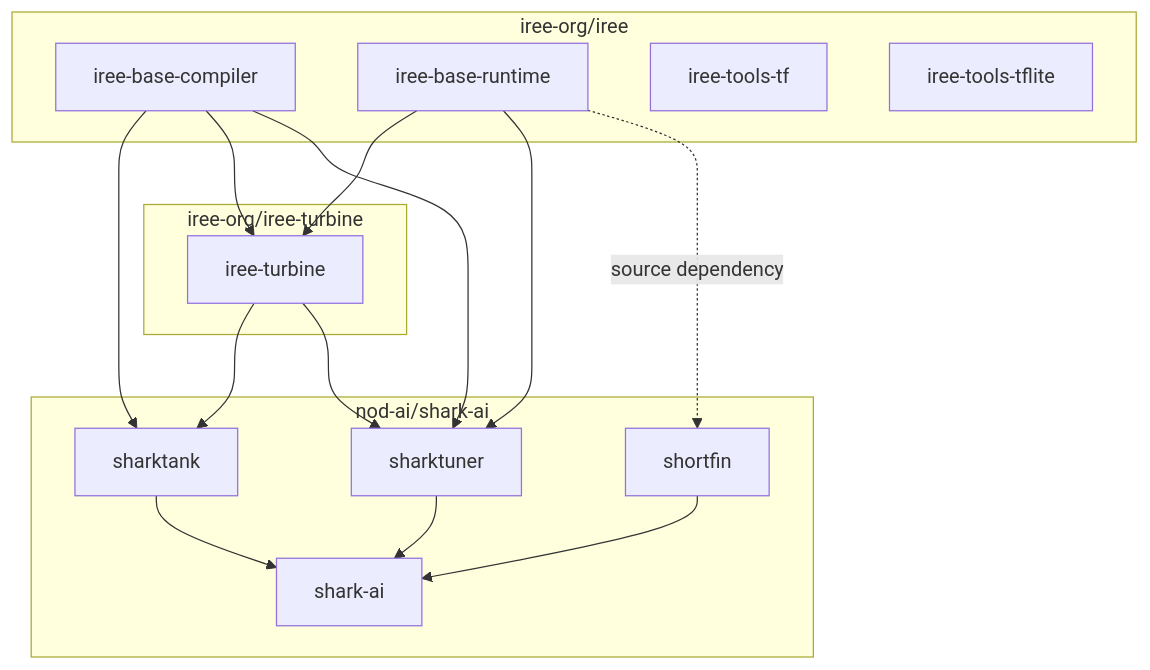
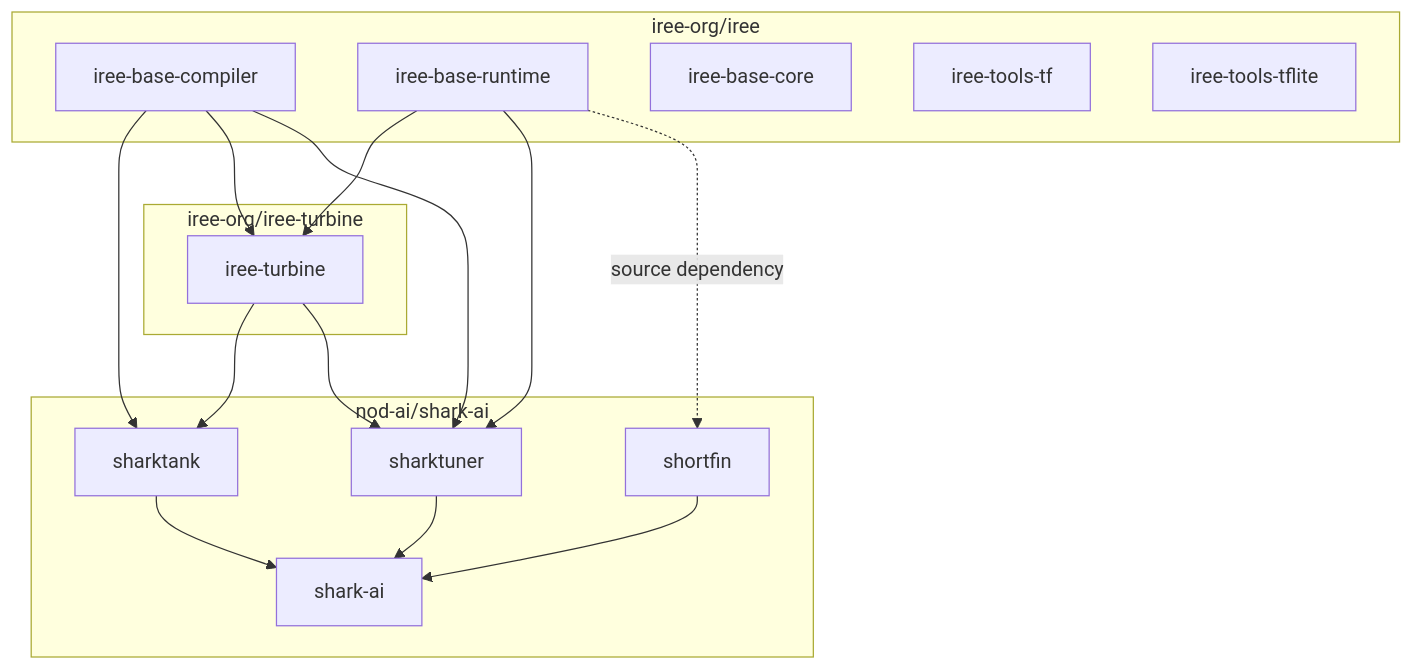
The diagram in docs/website/docs/developers/general/release-management.md (iree-org/iree), drawn with Mermaid before and after one commit. The commit also changed other lines of this file and 14 other files, not shown here.

First line of the commit message:
[CI] Build and validate the iree-base-core wheel in releases

````diff
--- a/docs/website/docs/developers/general/release-management.md
+++ b/docs/website/docs/developers/general/release-management.md
@@ -58,34 +58,35 @@
 ```mermaid
 graph TD
   accTitle: Dependency graph between in-scope packages
 
   subgraph iree["iree-org/iree"]
     iree-base-compiler
     iree-base-runtime
+    iree-base-core
     iree-tools-tf
     iree-tools-tflite
   end
 
   subgraph turbine["iree-org/iree-turbine"]
     iree-turbine
   end
 
   subgraph sharkai["nod-ai/shark-ai"]
     sharktuner
     sharktank
     shortfin
     shark-ai
   end
 
   iree-base-compiler --> sharktank
   iree-base-compiler --> iree-turbine
   iree-base-runtime --> iree-turbine
   iree-turbine --> sharktank
   iree-base-compiler --> sharktuner
   iree-base-runtime --> sharktuner
   iree-turbine --> sharktuner
   iree-base-runtime -. source dependency .-> shortfin
   sharktuner --> shark-ai
   sharktank --> shark-ai
   shortfin --> shark-ai
 ```
````
